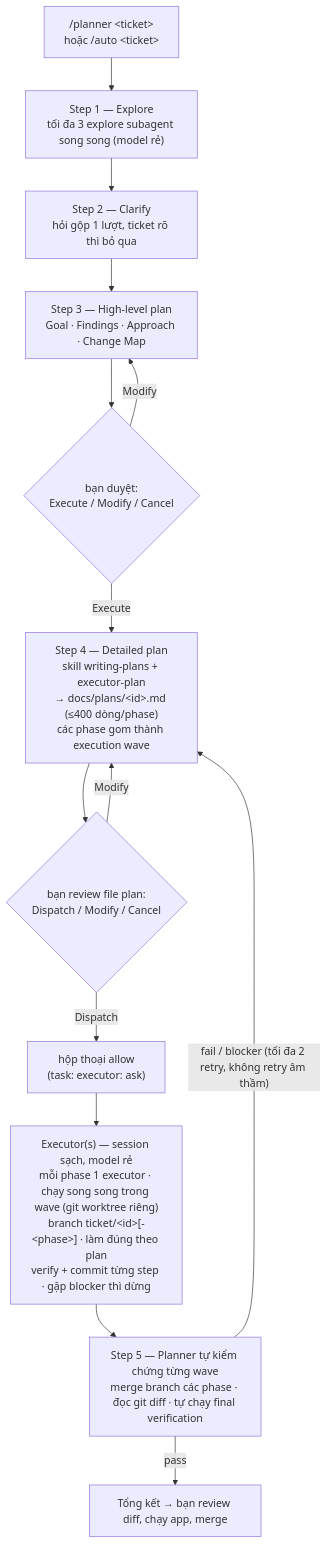
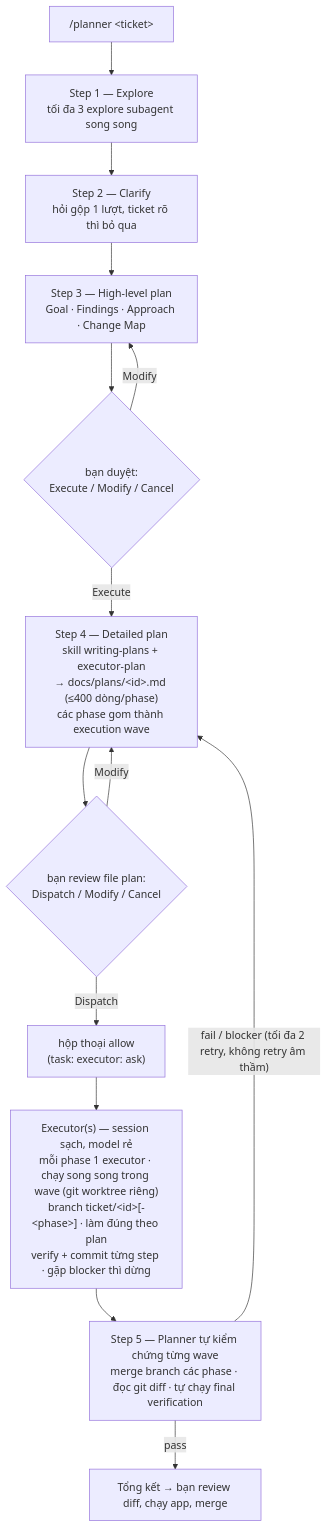
One commit to thanhnguyen293/planexec changed the diagram in README.vi.md. Above: the diagram before and after it, drawn with Mermaid. The commit also changed other lines of this file and 2 other files, not shown here.

First line of the commit message:
opencode: pin explore to deepseek-v4-pro; sync stale README

````diff
--- a/README.vi.md
+++ b/README.vi.md
@@ -12,16 +12,16 @@
 ```mermaid
 flowchart TD
-    A["/planner &lt;ticket&gt;<br/>hoặc /auto &lt;ticket&gt;"] --> B["Step 1 — Explore<br/>tối đa 3 explore subagent song song (model rẻ)"]
+    A["/planner &lt;ticket&gt;"] --> B["Step 1 — Explore<br/>tối đa 3 explore subagent song song"]
     B --> C["Step 2 — Clarify<br/>hỏi gộp 1 lượt, ticket rõ thì bỏ qua"]
     C --> D["Step 3 — High-level plan<br/>Goal · Findings · Approach · Change Map"]
     D --> G1{"bạn duyệt:<br/>Execute / Modify / Cancel"}
     G1 -- Modify --> D
     G1 -- Execute --> E["Step 4 — Detailed plan<br/>skill writing-plans + executor-plan<br/>→ docs/plans/&lt;id&gt;.md (≤400 dòng/phase)<br/>các phase gom thành execution wave"]
     E --> G2{"bạn review file plan:<br/>Dispatch / Modify / Cancel"}
     G2 -- Modify --> E
     G2 -- Dispatch --> G3["hộp thoại allow<br/>(task: executor: ask)"]
     G3 --> X["Executor(s) — session sạch, model rẻ<br/>mỗi phase 1 executor · chạy song song trong wave (git worktree riêng)<br/>branch ticket/&lt;id&gt;[-&lt;phase&gt;] · làm đúng theo plan<br/>verify + commit từng step · gặp blocker thì dừng"]
     X --> V["Step 5 — Planner tự kiểm chứng từng wave<br/>merge branch các phase · đọc git diff · tự chạy final verification"]
     V -- "fail / blocker (tối đa 2 retry, không retry âm thầm)" --> E
     V -- pass --> Z["Tổng kết → bạn review diff, chạy app, merge"]
 ```
````
